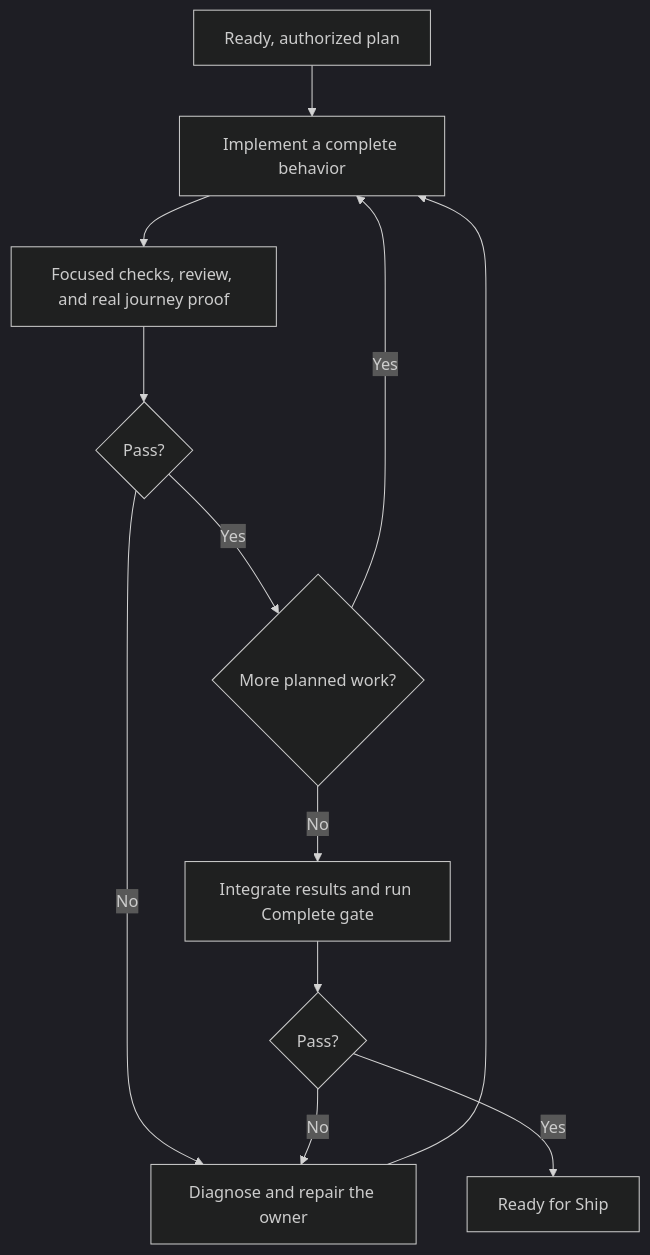
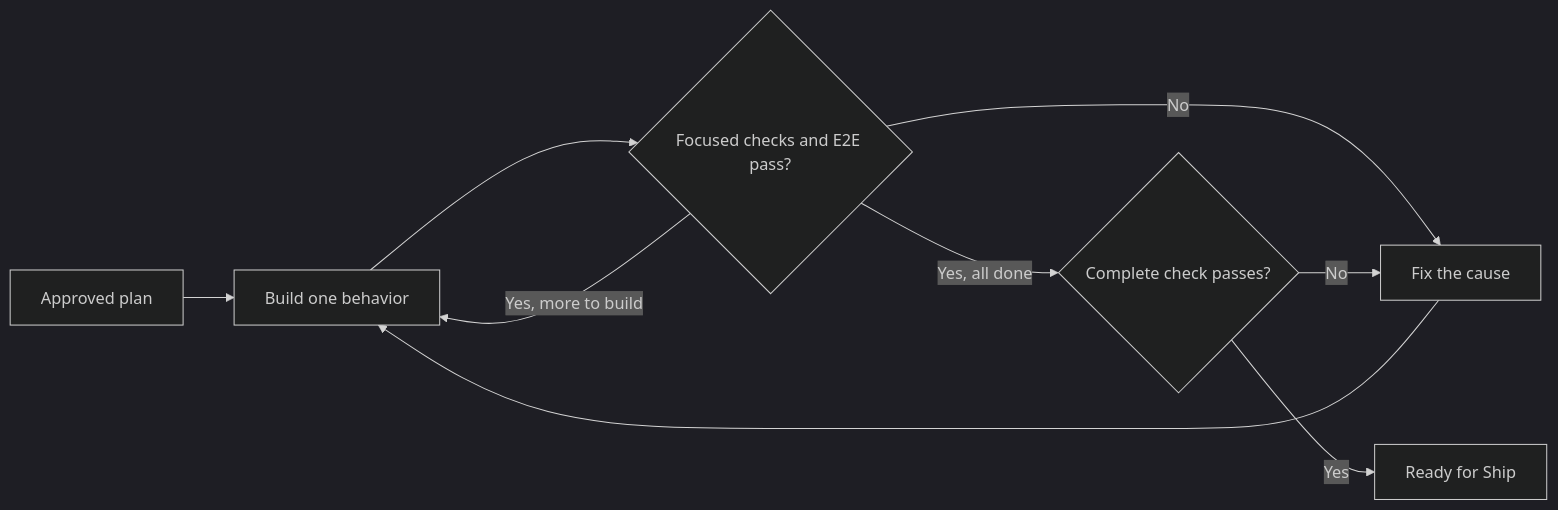
Before and after one commit to sgaabdu4/hard-eng: the fourth of 7 diagrams in README.md, drawn with Mermaid (dark theme). The commit also changed other lines of this file and 35 other files, not shown here.

Commit message:
Add setup.sh --new for Flutter, Next.js and React + Vite starter projects that pass every gate

````diff
--- a/README.md
+++ b/README.md
@@ -122,14 +163,11 @@
 ```mermaid
-flowchart TD
-  A[Ready, authorized plan] --> B[Implement a complete behavior]
-  B --> C[Focused checks, review, and real journey proof]
-  C --> D{Pass?}
-  D -->|No| E[Diagnose and repair the owner]
-  E --> B
-  D -->|Yes| F{More planned work?}
-  F -->|Yes| B
-  F -->|No| G[Integrate results and run Complete gate]
-  G --> H{Pass?}
-  H -->|No| E
-  H -->|Yes| I[Ready for Ship]
+flowchart LR
+  A[Approved plan] --> B[Build one behavior]
+  B --> C{Focused checks and E2E pass?}
+  C -->|No| D[Fix the cause]
+  D --> B
+  C -->|Yes, more to build| B
+  C -->|Yes, all done| E{Complete check passes?}
+  E -->|No| D
+  E -->|Yes| F[Ready for Ship]
 ```
````
